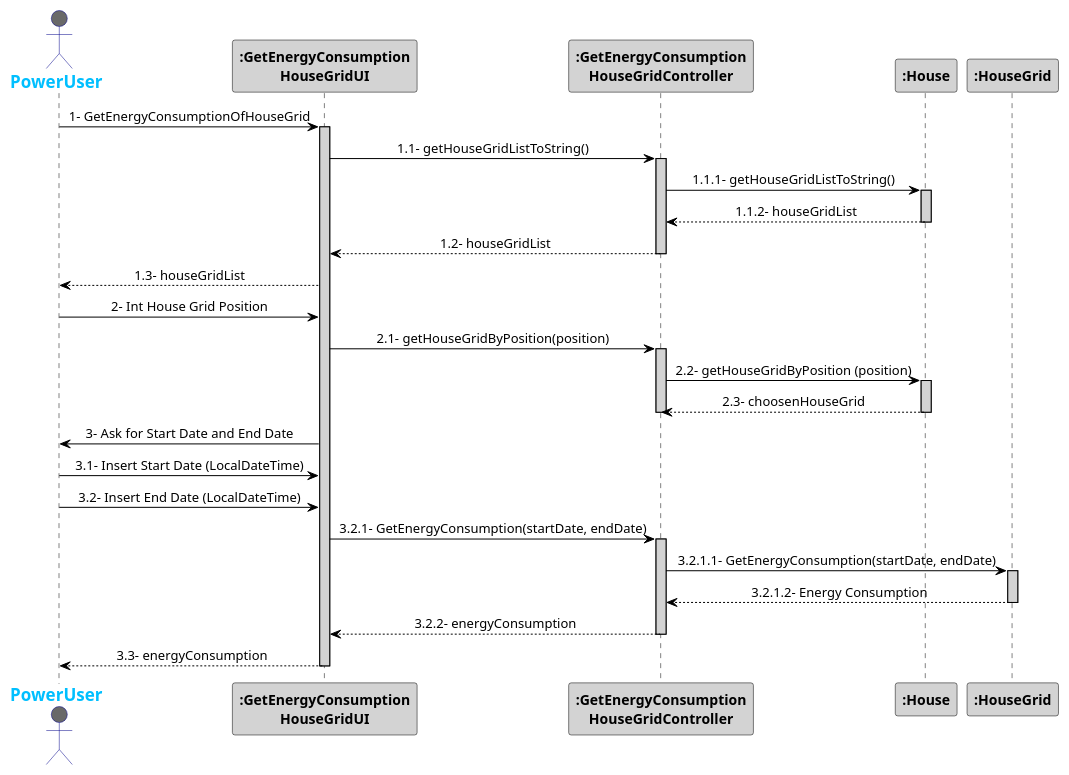
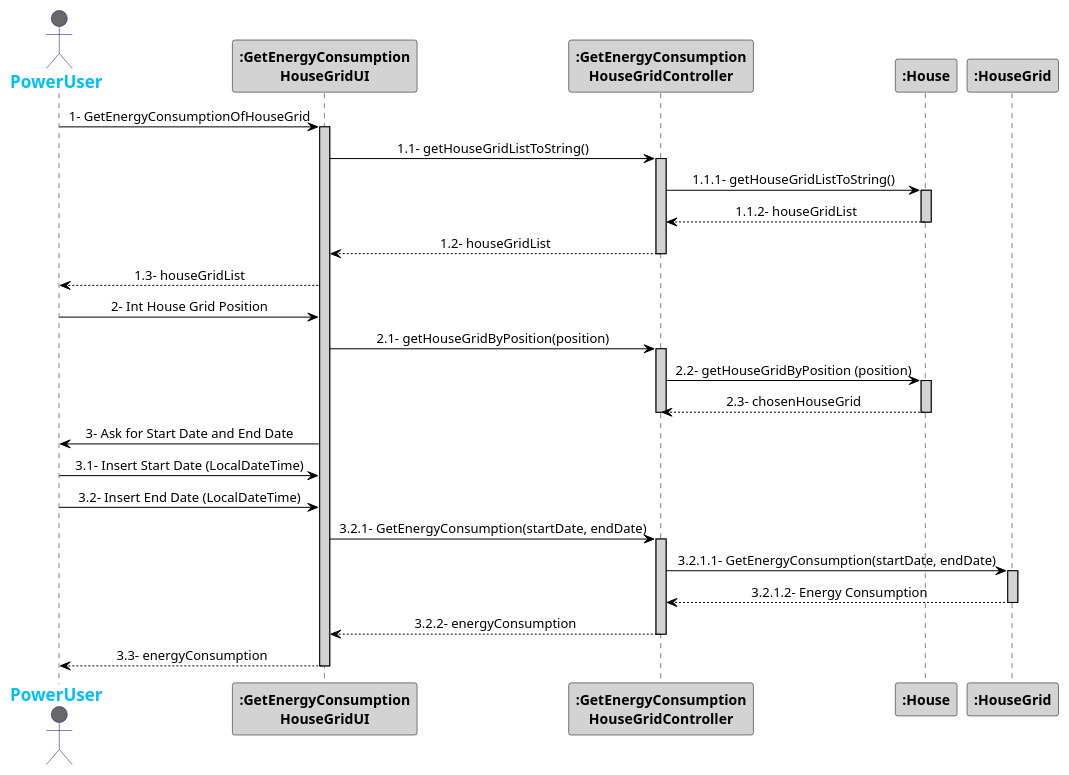
One commit to 1181687/hateoasToy changed the diagram in src/Docs/Sprint3/GetEnergyConsumptionHouseGridInterval.puml. Above: the diagram before and after it, drawn with PlantUML. The commit also changed 3 other files, not shown here.

```diff
--- a/src/Docs/Sprint3/GetEnergyConsumptionHouseGridInterval.puml
+++ b/src/Docs/Sprint3/GetEnergyConsumptionHouseGridInterval.puml
@@ -1,57 +1,57 @@
 @startuml
 skinparam sequenceMessageAlign center
 skinparam sequence {
 	ArrowColor Black
 	ActorBorderColor DarkBlue
 	LifeLineBorderColor black
 	LifeLineBackgroundColor LightGrey
 
 	ParticipantBorderColor Black
 	ParticipantBackgroundColor LightGrey
 	ParticipantFontStyle Bold
 
 	ActorBackgroundColor DimGrey
 	ActorFontColor DeepSkyBlue
 	ActorFontStyle Bold
 	ActorFontSize 17
 	ActorFontName Aapex
 }
 
 actor PowerUser
 PowerUser -> ":GetEnergyConsumption\nHouseGridUI": 1- GetEnergyConsumptionOfHouseGrid
 activate ":GetEnergyConsumption\nHouseGridUI"
 ":GetEnergyConsumption\nHouseGridUI" -> ":GetEnergyConsumption\nHouseGridController": 1.1- getHouseGridListToString()
 activate ":GetEnergyConsumption\nHouseGridController"
 ":GetEnergyConsumption\nHouseGridController" -> ":House": 1.1.1- getHouseGridListToString()
 activate ":House"
 ":GetEnergyConsumption\nHouseGridController" <-- ":House": 1.1.2- houseGridList
 deactivate ":House"
 ":GetEnergyConsumption\nHouseGridUI" <-- ":GetEnergyConsumption\nHouseGridController": 1.2- houseGridList
 deactivate ":GetEnergyConsumption\nHouseGridController"
 PowerUser <-- ":GetEnergyConsumption\nHouseGridUI": 1.3- houseGridList
 
 PowerUser -> ":GetEnergyConsumption\nHouseGridUI": 2- Int House Grid Position
 ":GetEnergyConsumption\nHouseGridUI" -> ":GetEnergyConsumption\nHouseGridController": 2.1- getHouseGridByPosition(position)
 activate ":GetEnergyConsumption\nHouseGridController"
 ":GetEnergyConsumption\nHouseGridController" -> ":House": 2.2- getHouseGridByPosition (position)
 activate ":House"
-":GetEnergyConsumption\nHouseGridController" <-- ":House": 2.3- choosenHouseGrid
+":GetEnergyConsumption\nHouseGridController" <-- ":House": 2.3- chosenHouseGrid
 deactivate ":GetEnergyConsumption\nHouseGridController"
 deactivate ":House"
 
 PowerUser <- ":GetEnergyConsumption\nHouseGridUI": 3- Ask for Start Date and End Date
 
 PowerUser -> ":GetEnergyConsumption\nHouseGridUI": 3.1- Insert Start Date (LocalDateTime)
 PowerUser -> ":GetEnergyConsumption\nHouseGridUI": 3.2- Insert End Date (LocalDateTime)
 ":GetEnergyConsumption\nHouseGridUI" -> ":GetEnergyConsumption\nHouseGridController": 3.2.1- GetEnergyConsumption(startDate, endDate)
 activate ":GetEnergyConsumption\nHouseGridController"
 ":GetEnergyConsumption\nHouseGridController" -> ":HouseGrid": 3.2.1.1- GetEnergyConsumption(startDate, endDate)
 activate ":HouseGrid"
 ":GetEnergyConsumption\nHouseGridController" <-- ":HouseGrid": 3.2.1.2- Energy Consumption
 deactivate ":HouseGrid"
 ":GetEnergyConsumption\nHouseGridUI" <-- ":GetEnergyConsumption\nHouseGridController": 3.2.2- energyConsumption
 deactivate ":GetEnergyConsumption\nHouseGridController"
 PowerUser <-- ":GetEnergyConsumption\nHouseGridUI": 3.3- energyConsumption
 deactivate ":GetEnergyConsumption\nHouseGridUI"
 
 @enduml
```
